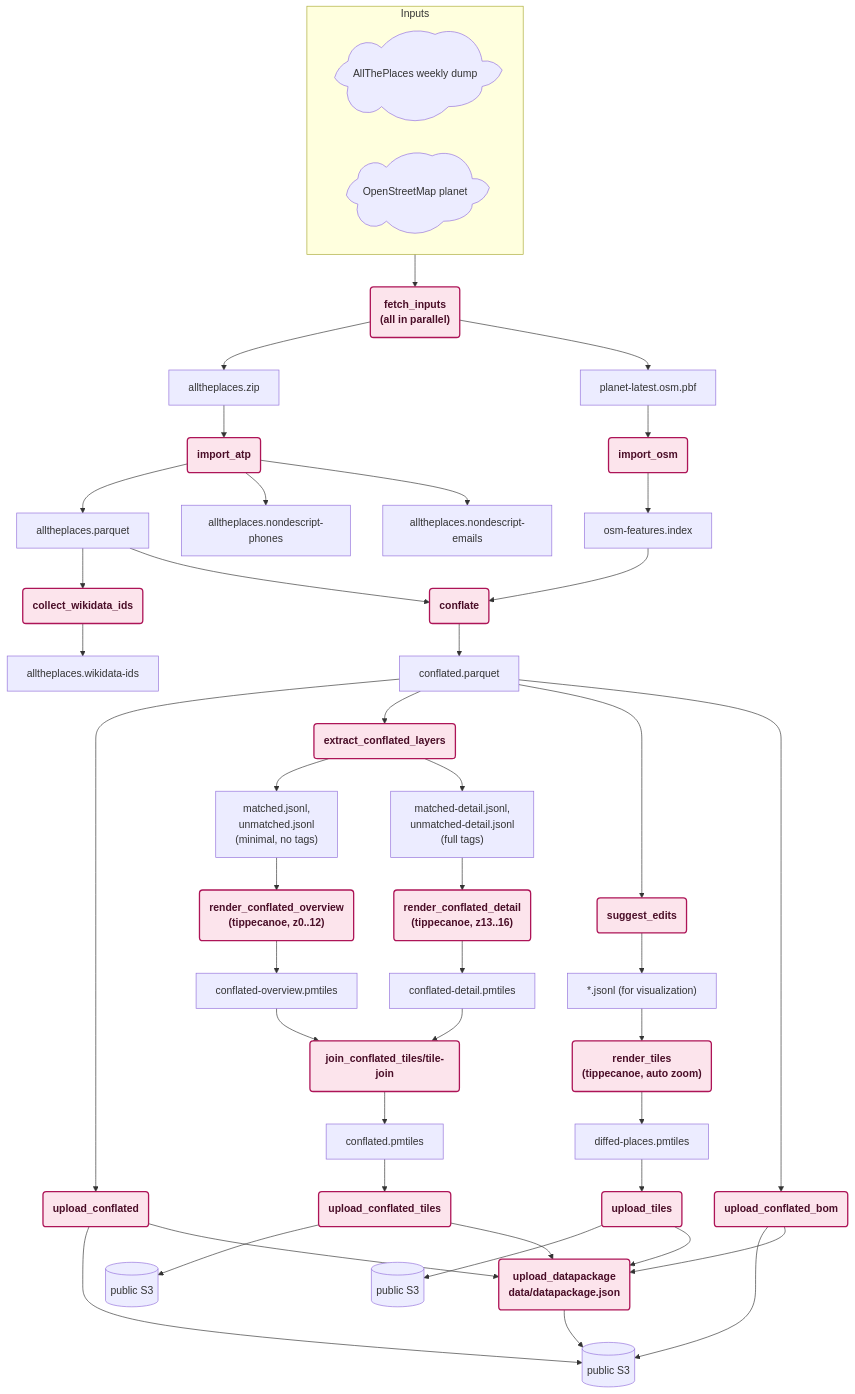
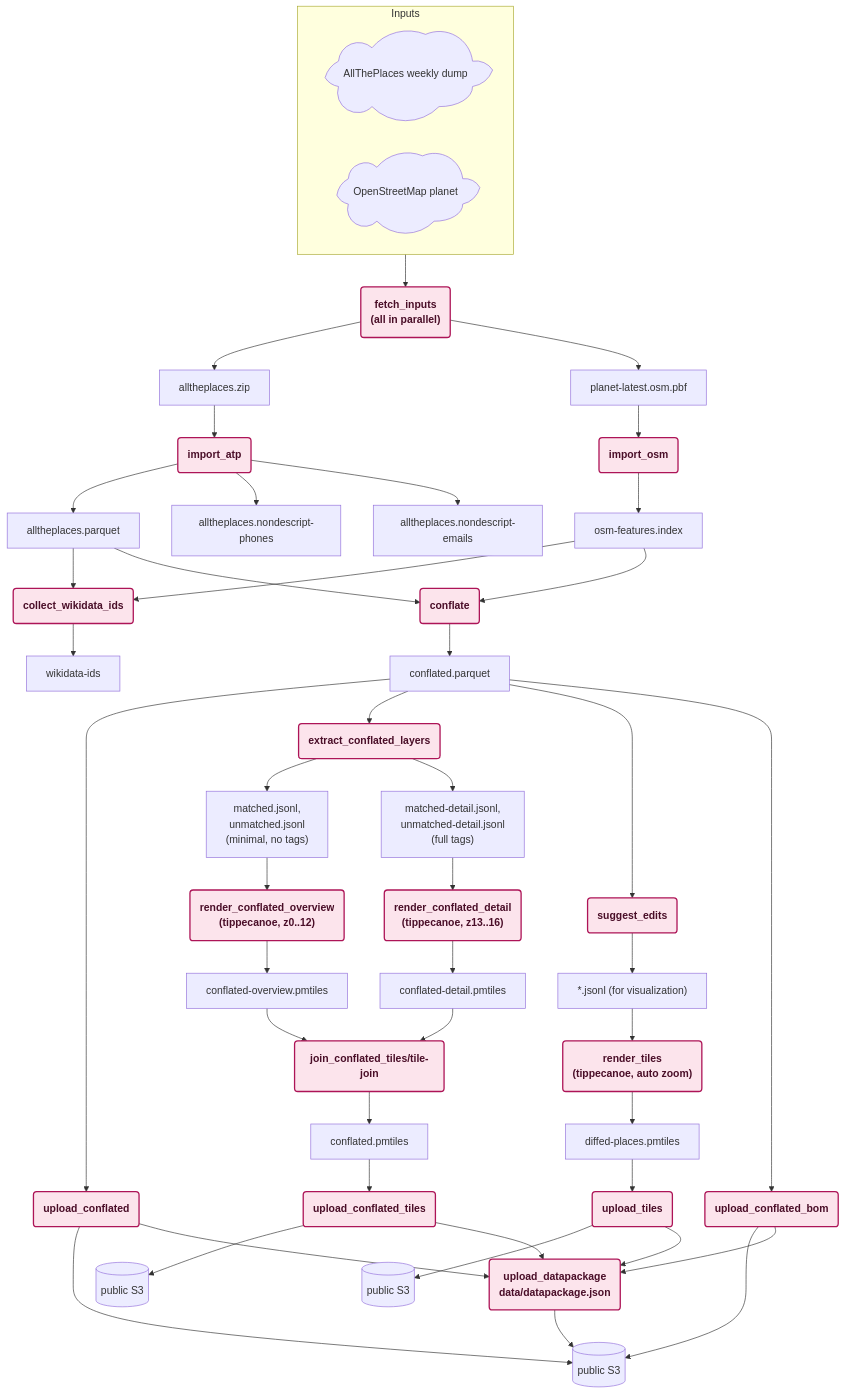
The diagram in docs/TECHNICAL_DESIGN.md (brawer/osmdiffs), drawn with Mermaid before and after one commit. The commit also changed other lines of this file and 6 other files, not shown here.

First line of the commit message:
feat: collect brand Wikidata IDs from OSM as well as ATP (#847)

````diff
--- a/docs/TECHNICAL_DESIGN.md
+++ b/docs/TECHNICAL_DESIGN.md
@@ -177,48 +177,50 @@
 ```mermaid
 graph TD
     ATP_SRC@{ shape: cloud, label: "AllThePlaces weekly dump" }
     OSM_SRC@{ shape: cloud, label: "OpenStreetMap planet" }
 
     subgraph INPUTS [Inputs]
         ATP_SRC
         OSM_SRC
     end
     INPUTS --> FETCH_INPUTS("fetch_inputs<br/>(all in parallel)")
     FETCH_INPUTS --> ATP_ZIP[alltheplaces.zip]
     FETCH_INPUTS --> OSM_PBF[planet-latest.osm.pbf]
 
     ATP_ZIP --> IMPORT_ATP(import_atp) --> ATP_PARQUET[alltheplaces.parquet]
     IMPORT_ATP --> NONDESCRIPT_PHONES[alltheplaces.nondescript-phones]
     IMPORT_ATP --> NONDESCRIPT_EMAILS[alltheplaces.nondescript-emails]
-    ATP_PARQUET --> COLLECT_WIKI(collect_wikidata_ids) --> WIKIDATA[alltheplaces.wikidata-ids]
+    OSM_PBF --> IMPORT_OSM(import_osm) --> OSM_INDEX[osm-features.index]
 
-    OSM_PBF --> IMPORT_OSM(import_osm) --> OSM_INDEX[osm-features.index]
+    ATP_PARQUET --> COLLECT_WIKI(collect_wikidata_ids)
+    OSM_INDEX --> COLLECT_WIKI
+    COLLECT_WIKI --> WIKIDATA[wikidata-ids]
 
     ATP_PARQUET --> CONFLATE(conflate)
     OSM_INDEX --> CONFLATE
     CONFLATE --> CONFLATED[conflated.parquet]
     CONFLATED --> UPLOAD_CONFLATED(upload_conflated) --> S3A[("public S3")]
 
     CONFLATED --> EXTRACT_CONFLATED_LAYERS(extract_conflated_layers)
     EXTRACT_CONFLATED_LAYERS --> OVERVIEW_LAYERS["matched.jsonl,<br/>unmatched.jsonl<br/>(minimal, no tags)"]
     EXTRACT_CONFLATED_LAYERS --> DETAIL_LAYERS["matched-detail.jsonl,<br/>unmatched-detail.jsonl<br/>(full tags)"]
     OVERVIEW_LAYERS --> RENDER_CONFLATED_OVERVIEW("render_conflated_overview<br/>(tippecanoe, z0..12)") --> OVERVIEW_PMTILES[conflated-overview.pmtiles]
     DETAIL_LAYERS --> RENDER_CONFLATED_DETAIL("render_conflated_detail<br/>(tippecanoe, z13..16)") --> DETAIL_PMTILES[conflated-detail.pmtiles]
     OVERVIEW_PMTILES --> JOIN_CONFLATED_TILES(join_conflated_tiles/tile-join)
     DETAIL_PMTILES --> JOIN_CONFLATED_TILES
     JOIN_CONFLATED_TILES --> CONFLATED_PMTILES[conflated.pmtiles]
     CONFLATED_PMTILES --> UPLOAD_CONFLATED_TILES(upload_conflated_tiles) --> S3C[("public S3")]
 
     CONFLATED --> SUGGEST_EDITS(suggest_edits) --> LAYERS["*.jsonl (for visualization)"]
     LAYERS --> RENDER_TILES("render_tiles<br/>(tippecanoe, auto zoom)") --> PMTILES[diffed-places.pmtiles]
     PMTILES --> UPLOAD_TILES(upload_tiles) --> S3B[("public S3")]
 
     CONFLATED --> UPLOAD_BOM(upload_conflated_bom) --> S3A
     UPLOAD_CONFLATED --> UPLOAD_DATAPACKAGE
     UPLOAD_CONFLATED_TILES --> UPLOAD_DATAPACKAGE
     UPLOAD_TILES --> UPLOAD_DATAPACKAGE
     UPLOAD_BOM --> UPLOAD_DATAPACKAGE(upload_datapackage<br/>data/datapackage.json) --> S3A
 
     classDef process fill:#fce4ec,stroke:#ad1457,stroke-width:2px,color:#4a0e28,font-weight:bold;
     class FETCH_INPUTS,IMPORT_ATP,COLLECT_WIKI,IMPORT_OSM,CONFLATE,UPLOAD_CONFLATED,EXTRACT_CONFLATED_LAYERS,RENDER_CONFLATED_OVERVIEW,RENDER_CONFLATED_DETAIL,JOIN_CONFLATED_TILES,UPLOAD_CONFLATED_TILES,SUGGEST_EDITS,RENDER_TILES,UPLOAD_TILES,UPLOAD_BOM,UPLOAD_DATAPACKAGE process;
 ```
````
